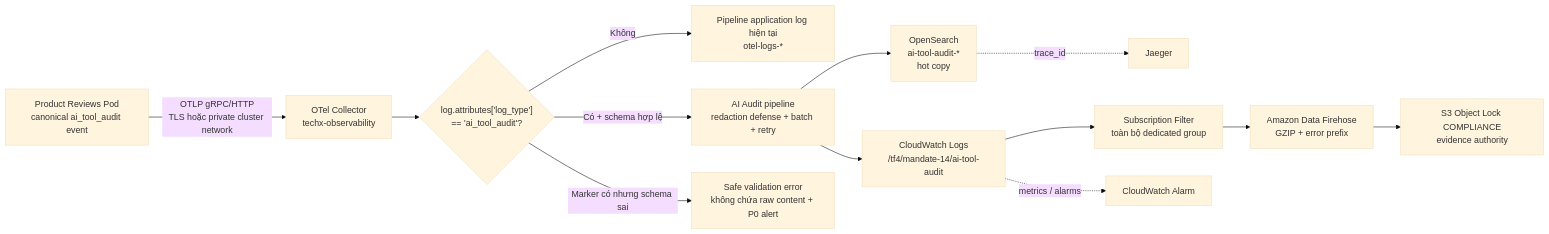
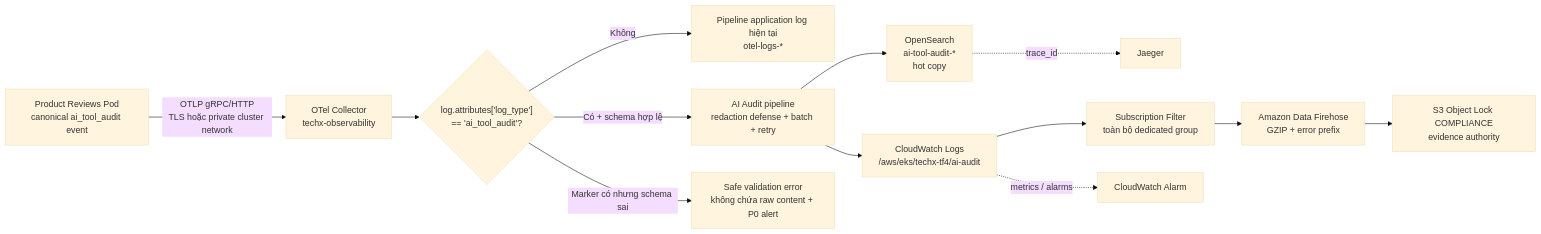
The diagram in docs/audit/planning/MANDATE-14-AI-AUDIT-LOG-PIPELINE-PLAN.md (TF4-Phase3-TechX/tf4-phase3-repo), drawn with Mermaid (base theme) before and after one commit. The commit also changed other lines of this file, not shown here.

````diff
--- a/docs/audit/planning/MANDATE-14-AI-AUDIT-LOG-PIPELINE-PLAN.md
+++ b/docs/audit/planning/MANDATE-14-AI-AUDIT-LOG-PIPELINE-PLAN.md
@@ -128,15 +132,15 @@
 ```mermaid
 flowchart LR
     A["Product Reviews Pod<br/>canonical ai_tool_audit event"] -->|"OTLP gRPC/HTTP<br/>TLS hoặc private cluster network"| B["OTel Collector<br/>techx-observability"]
     B --> C{"log.attributes['log_type']<br/>== 'ai_tool_audit'?"}
     C -->|"Không"| D["Pipeline application log hiện tại<br/>otel-logs-*"]
     C -->|"Có + schema hợp lệ"| E["AI Audit pipeline<br/>redaction defense + batch + retry"]
     C -->|"Marker có nhưng schema sai"| Q["Safe validation error<br/>không chứa raw content + P0 alert"]
     E --> F["OpenSearch<br/>ai-tool-audit-*<br/>hot copy"]
-    E --> G["CloudWatch Logs<br/>/tf4/mandate-14/ai-tool-audit"]
+    E --> G["CloudWatch Logs<br/>/aws/eks/techx-tf4/ai-audit"]
     G --> H["Subscription Filter<br/>toàn bộ dedicated group"]
     H --> I["Amazon Data Firehose<br/>GZIP + error prefix"]
     I --> J["S3 Object Lock COMPLIANCE<br/>evidence authority"]
     F -. "trace_id" .-> K["Jaeger"]
     G -. "metrics / alarms" .-> L["CloudWatch Alarm"]
 ```
````
